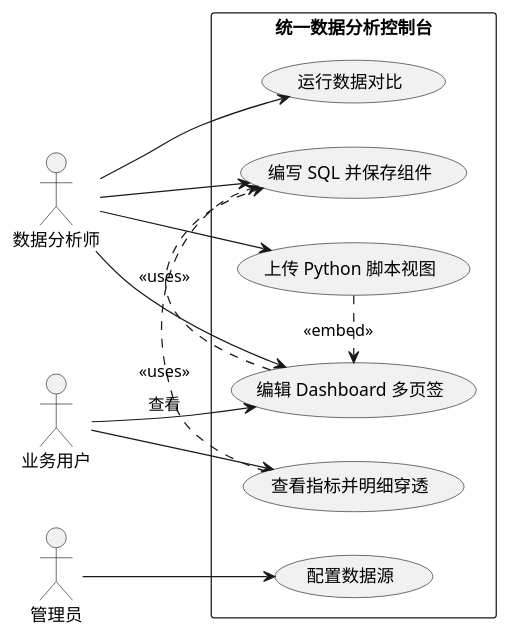
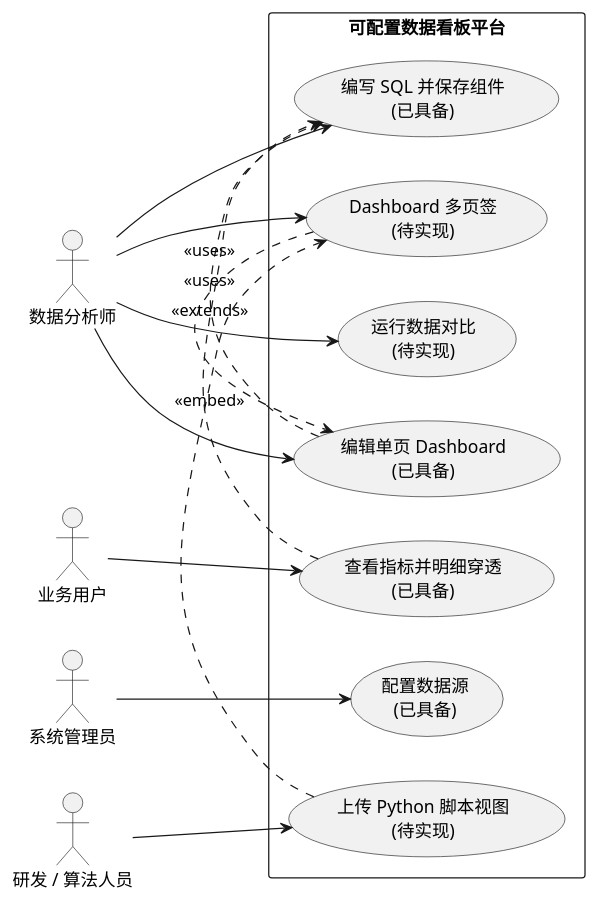
Before and after one commit to Percy-m/data_search: the first of 3 diagrams in my_design/design.md, drawn with PlantUML. The commit also changed other lines of this file and 1 other file, not shown here.

````diff
--- a/my_design/design.md
+++ b/my_design/design.md
@@ -103,28 +117,31 @@
 ```plantuml
 @startuml
 left to right direction
 actor "数据分析师" as Analyst
 actor "业务用户" as User
-actor "管理员" as Admin
+actor "系统管理员" as Admin
+actor "研发 / 算法人员" as Dev
 
-rectangle "统一数据分析控制台" {
-  usecase "配置数据源" as UC1
-  usecase "编写 SQL 并保存组件" as UC2
-  usecase "编辑 Dashboard 多页签" as UC3
-  usecase "查看指标并明细穿透" as UC4
-  usecase "运行数据对比" as UC5
-  usecase "上传 Python 脚本视图" as UC6
+rectangle "可配置数据看板平台" {
+  usecase "配置数据源\n(已具备)" as UC1
+  usecase "编写 SQL 并保存组件\n(已具备)" as UC2
+  usecase "编辑单页 Dashboard\n(已具备)" as UC3
+  usecase "查看指标并明细穿透\n(已具备)" as UC4
+  usecase "Dashboard 多页签\n(待实现)" as UC5
+  usecase "运行数据对比\n(待实现)" as UC6
+  usecase "上传 Python 脚本视图\n(待实现)" as UC7
 }
 
 Admin --> UC1
 Analyst --> UC2
 Analyst --> UC3
+User --> UC4
 Analyst --> UC5
 Analyst --> UC6
-User --> UC4
-User --> UC3 : 查看
+Dev --> UC7
+UC3 .> UC2 : <<uses>>
 UC4 .> UC2 : <<uses>>
-UC3 .> UC2 : <<uses>>
-UC6 .> UC3 : <<embed>>
+UC5 .> UC3 : <<extends>>
+UC7 .> UC5 : <<embed>>
 @enduml
 ```
````
